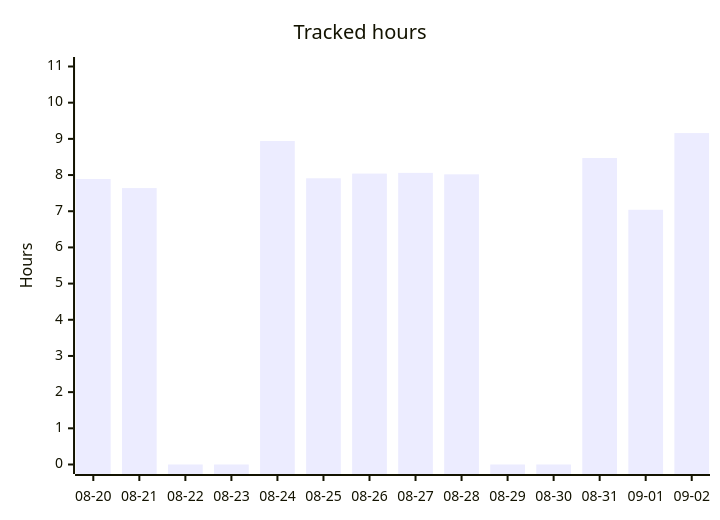
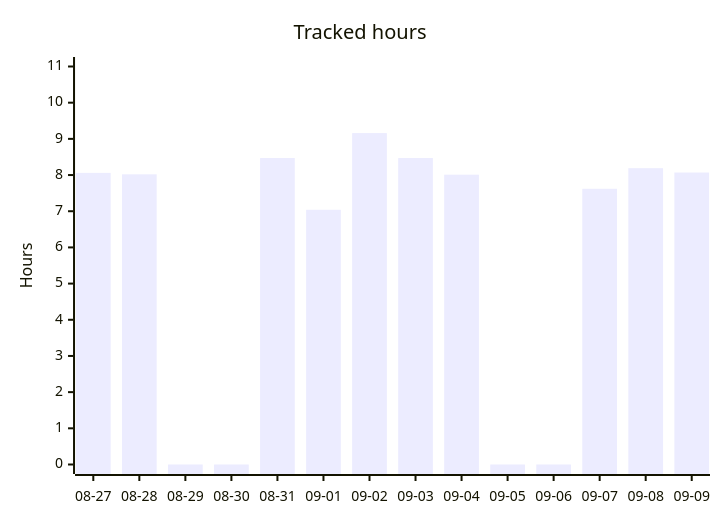
Before and after one commit to albinforsberg-netizen/timeclock: the second of 5 diagrams in README.org, drawn with Mermaid. The commit also changed other lines of this file, not shown here.

```diff
--- a/README.org
+++ b/README.org
@@ -95,7 +95,7 @@
 #+begin_src mermaid
 xychart-beta
     title "Tracked hours"
-    x-axis ["08-20", "08-21", "08-22", "08-23", "08-24", "08-25", "08-26", "08-27", "08-28", "08-29", "08-30", "08-31", "09-01", "09-02"]
+    x-axis ["08-27", "08-28", "08-29", "08-30", "08-31", "09-01", "09-02", "09-03", "09-04", "09-05", "09-06", "09-07", "09-08", "09-09"]
     y-axis "Hours" 0 --> 11
-    bar [7.89, 7.64, 0.00, 0.00, 8.94, 7.91, 8.04, 8.06, 8.02, 0.00, 0.00, 8.47, 7.04, 9.16]
+    bar [8.06, 8.02, 0.00, 0.00, 8.47, 7.04, 9.16, 8.47, 8.01, 0.00, 0.00, 7.62, 8.19, 8.07]
 #+end_src
```
